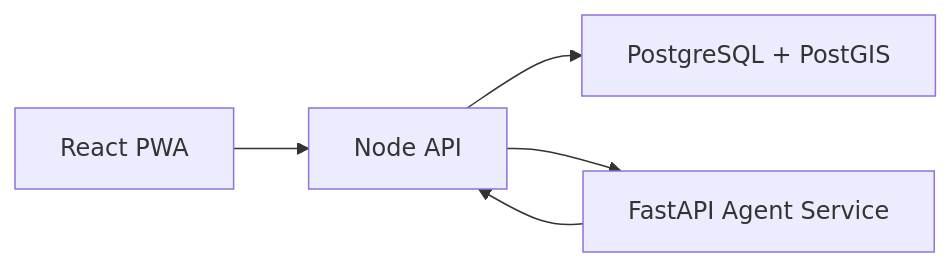
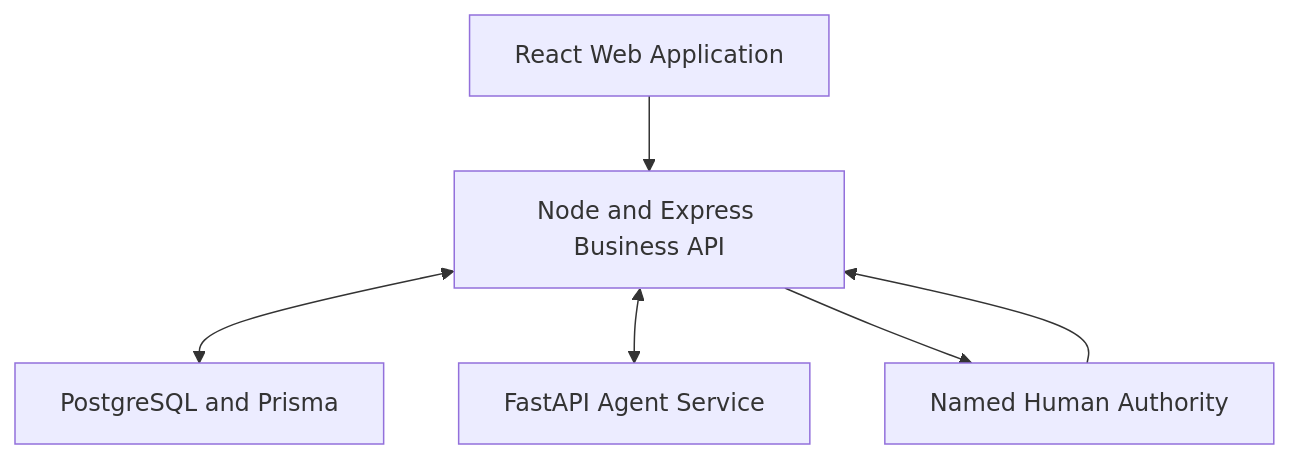
One commit to aashikaanbu-hue/NERVE changed the first of 4 diagrams in docs/architecture.md. Above: the diagram before and after it, drawn with Mermaid. The commit also changed other lines of this file and 2 other files, not shown here.

````diff
--- a/docs/architecture.md
+++ b/docs/architecture.md
@@ -3,7 +20,14 @@
 ```mermaid
-flowchart LR
-    W["React PWA"] --> A["Node API"]
-    A --> D["PostgreSQL + PostGIS"]
-    A --> G["FastAPI Agent Service"]
-    G --> A
+flowchart TD
+    A[React Web Application]
+    B[Node and Express Business API]
+    C[PostgreSQL and Prisma]
+    D[FastAPI Agent Service]
+    E[Named Human Authority]
+
+    A --> B
+    B <--> C
+    B <--> D
+    B --> E
+    E --> B
 ```
````
